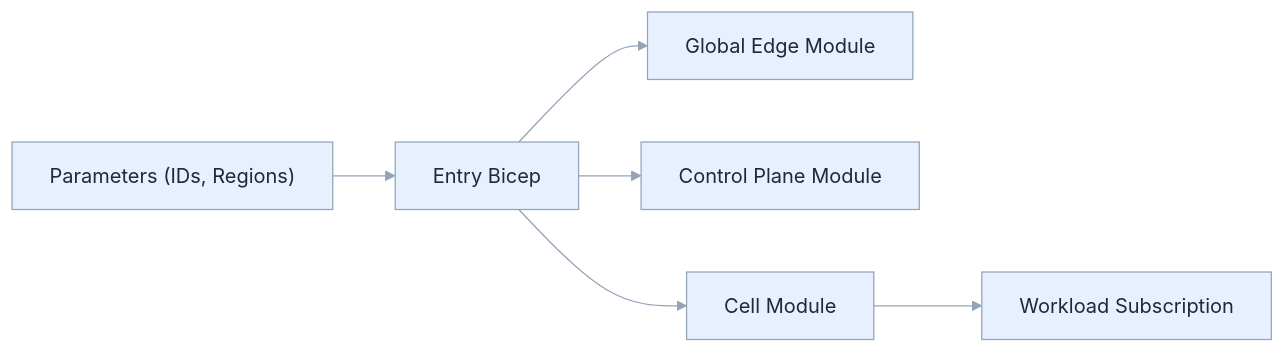
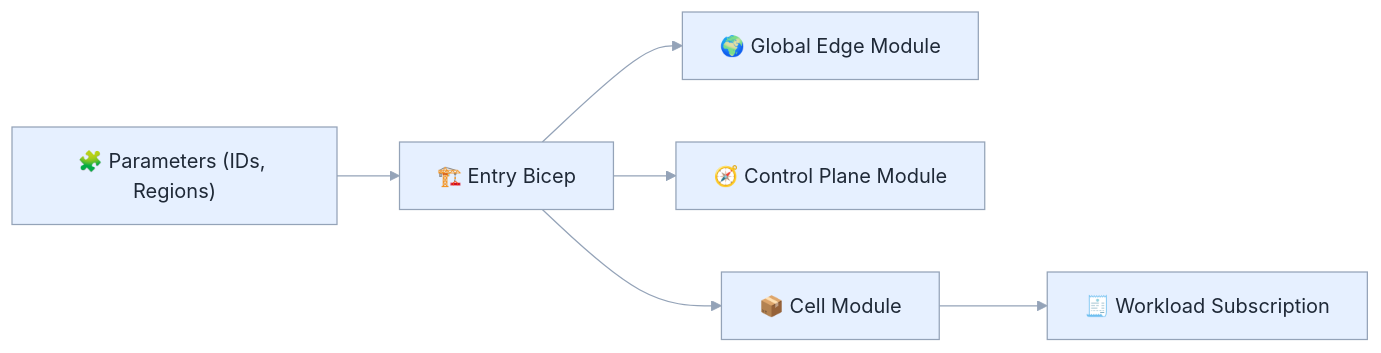
Before and after one commit to srnichols/StampsPattern: the seventh of 7 diagrams in docs/LANDING_ZONES_GUIDE.md, drawn with Mermaid. The commit also changed other lines of this file and 3 other files, not shown here.

Commit message:
docs: fix Related Guides bullet in LANDING_ZONES_GUIDE; add minimal icons to key diagrams; remove stale mermaid-theme-sample link from DOCS

````diff
--- a/docs/LANDING_ZONES_GUIDE.md
+++ b/docs/LANDING_ZONES_GUIDE.md
@@ -438,9 +438,9 @@
 ```mermaid
 %%{init: {"theme":"base","themeVariables":{"background":"transparent","primaryColor":"#E6F0FF","primaryTextColor":"#1F2937","primaryBorderColor":"#94A3B8","lineColor":"#94A3B8","secondaryColor":"#F3F4F6","tertiaryColor":"#DBEAFE","clusterBkg":"#F8FAFC","clusterBorder":"#CBD5E1","edgeLabelBackground":"#F8FAFC","fontFamily":"Segoe UI, Roboto, Helvetica, Arial, sans-serif"}} }%%
 flowchart LR
-  params["Parameters (IDs, Regions)"] --> entry["Entry Bicep"]
-  entry --> global_mod["Global Edge Module"]
-  entry --> control_mod["Control Plane Module"]
-  entry --> cell_mod["Cell Module"]
-  cell_mod --> sub_target["Workload Subscription"]
+  params["🧩 Parameters (IDs, Regions)"] --> entry["🏗️ Entry Bicep"]
+  entry --> global_mod["🌍 Global Edge Module"]
+  entry --> control_mod["🧭 Control Plane Module"]
+  entry --> cell_mod["📦 Cell Module"]
+  cell_mod --> sub_target["🧾 Workload Subscription"]
 ```
````
